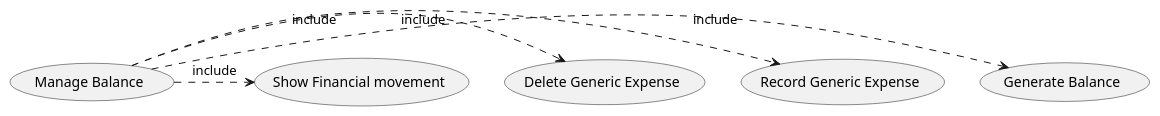
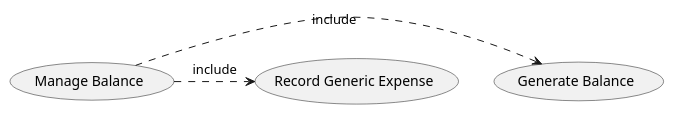
One commit to paolotron/EzshoProject31 changed the third of 7 diagrams in Deliverables/RequirementsDocument.md. Above: the diagram before and after it, drawn with PlantUML. The commit also changed other lines of this file, not shown here.

Commit message:
Update Use case diagram

````diff
--- a/Deliverables/RequirementsDocument.md
+++ b/Deliverables/RequirementsDocument.md
@@ -261,8 +244,6 @@
 ```plantuml
 @startuml
 (Manage Balance) .> (Generate Balance) : include
 (Manage Balance) .> (Record Generic Expense) : include
-(Manage Balance) .> (Delete Generic Expense) : include
-(Manage Balance) .> (Show Financial movement) : include
 @enduml
 ```
````
